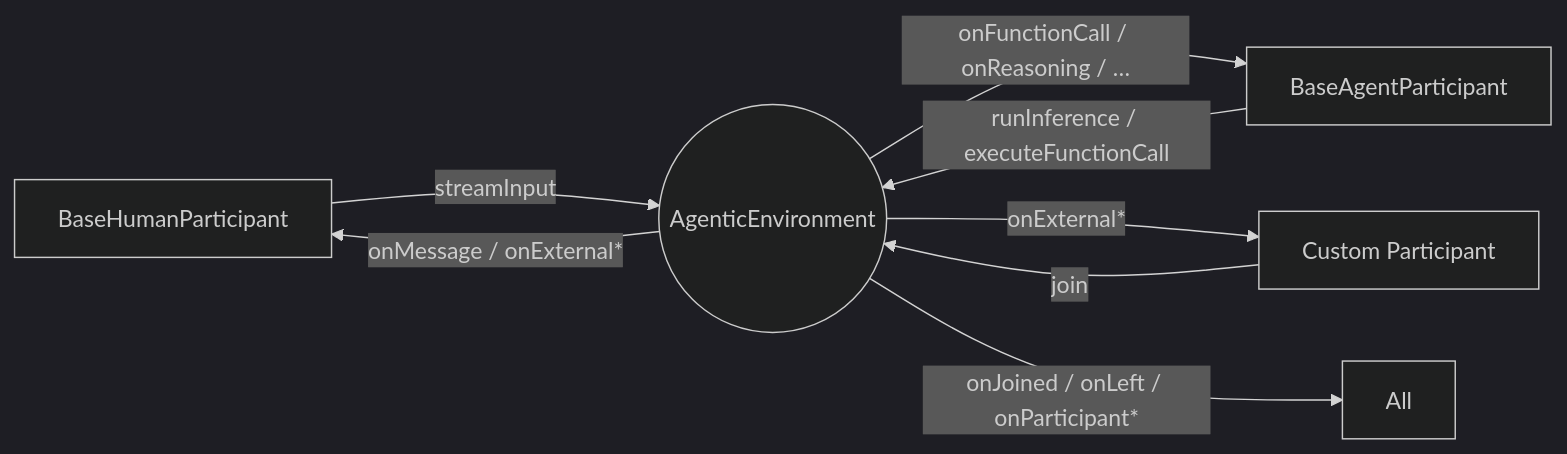
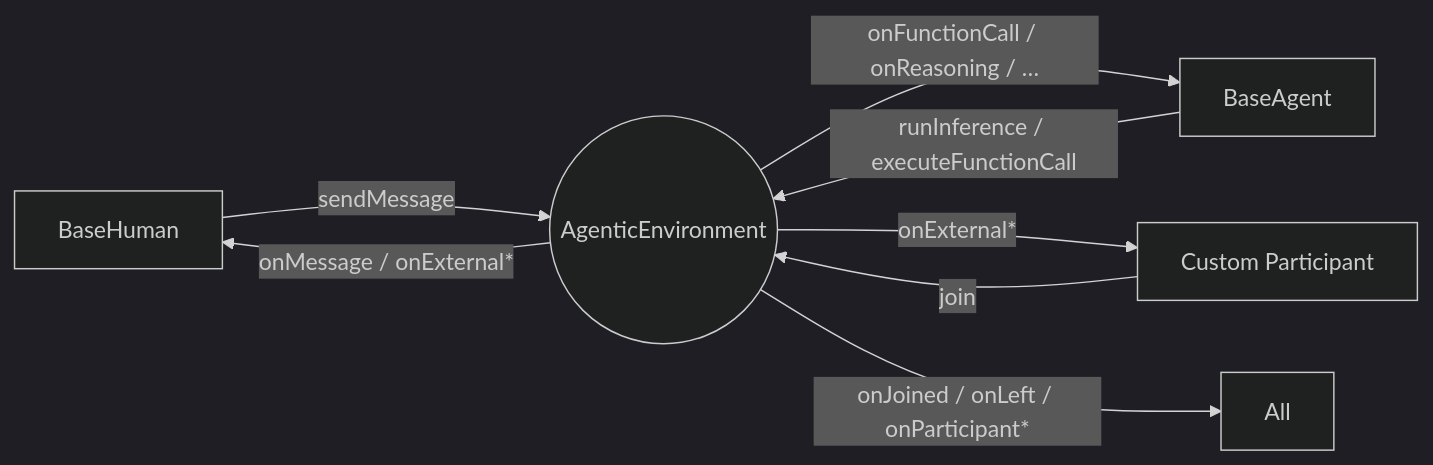
The first of 2 diagrams in README.md (kisshan13/mozaik), drawn with Mermaid (dark theme) before and after one commit. The commit also changed other lines of this file and 1 other file, not shown here.

````diff
--- a/README.md
+++ b/README.md
@@ -62,10 +64,10 @@
 ```mermaid
 flowchart LR
-    Human[BaseHumanParticipant] -->|streamInput| Env(("AgenticEnvironment"))
-    Agent[BaseAgentParticipant] -->|"runInference / executeFunctionCall"| Env
+    Human[BaseHuman] -->|sendMessage| Env(("AgenticEnvironment"))
+    Agent[BaseAgent] -->|"runInference / executeFunctionCall"| Env
     Observer[Custom Participant] -->|join| Env
     Env -->|"onMessage / onExternal*"| Human
     Env -->|"onFunctionCall / onReasoning / …"| Agent
     Env -->|"onExternal*"| Observer
     Env -->|"onJoined / onLeft / onParticipant*"| All
 ```
````
